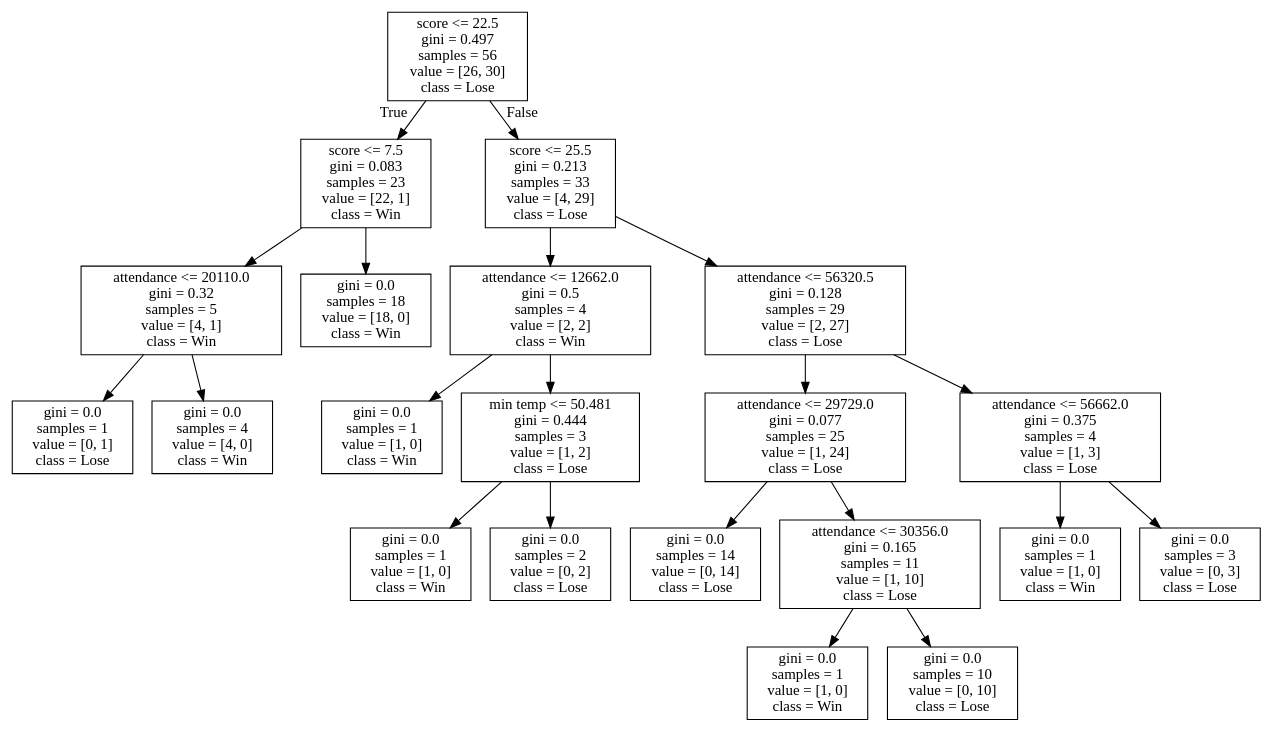
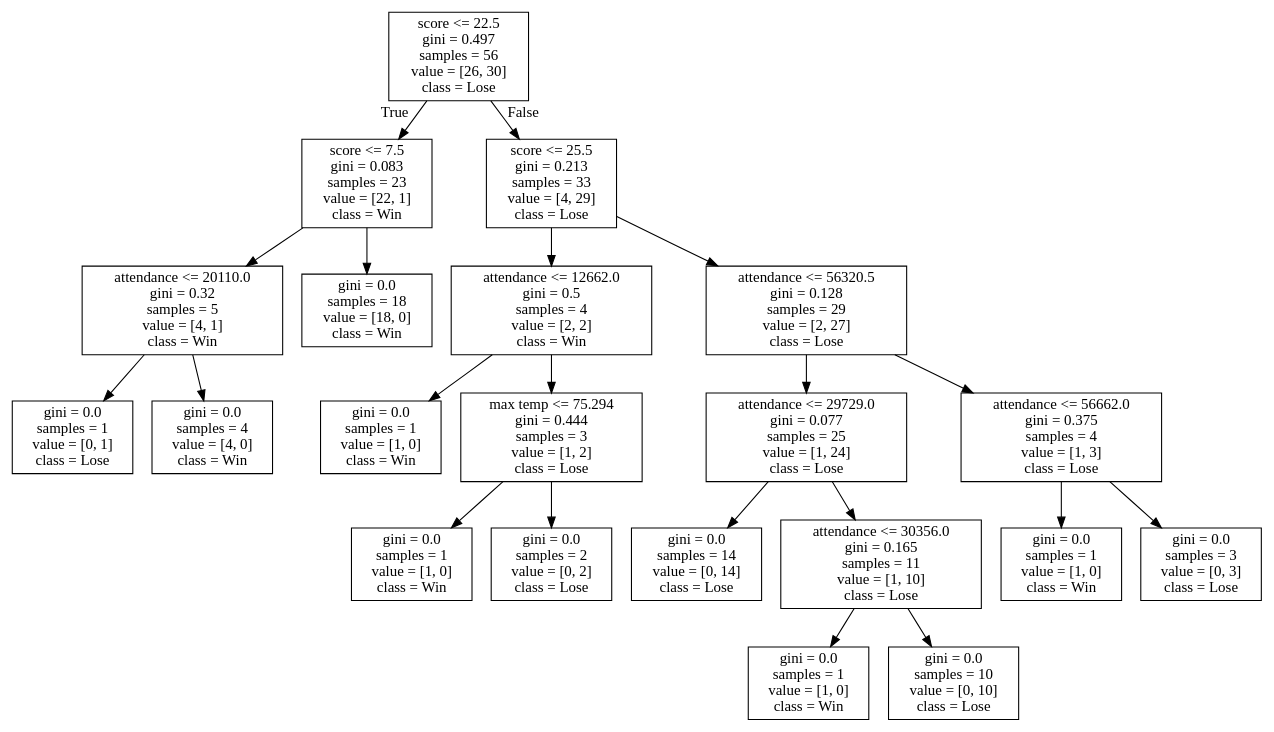
Before and after one commit to alexana-steck/CSE482Project: the diagram in DecisionTrees/decision_tree_with_score7.dot, drawn with Graphviz. The commit also changed 236 other files, not shown here.

```diff
--- a/DecisionTrees/decision_tree_with_score7.dot
+++ b/DecisionTrees/decision_tree_with_score7.dot
@@ -1,44 +1,44 @@
 digraph Tree {
 node [shape=box] ;
 0 [label="score <= 22.5\ngini = 0.497\nsamples = 56\nvalue = [26, 30]\nclass = Lose"] ;
 1 [label="score <= 7.5\ngini = 0.083\nsamples = 23\nvalue = [22, 1]\nclass = Win"] ;
 0 -> 1 [labeldistance=2.5, labelangle=45, headlabel="True"] ;
 2 [label="attendance <= 20110.0\ngini = 0.32\nsamples = 5\nvalue = [4, 1]\nclass = Win"] ;
 1 -> 2 ;
 3 [label="gini = 0.0\nsamples = 1\nvalue = [0, 1]\nclass = Lose"] ;
 2 -> 3 ;
 4 [label="gini = 0.0\nsamples = 4\nvalue = [4, 0]\nclass = Win"] ;
 2 -> 4 ;
 5 [label="gini = 0.0\nsamples = 18\nvalue = [18, 0]\nclass = Win"] ;
 1 -> 5 ;
 6 [label="score <= 25.5\ngini = 0.213\nsamples = 33\nvalue = [4, 29]\nclass = Lose"] ;
 0 -> 6 [labeldistance=2.5, labelangle=-45, headlabel="False"] ;
 7 [label="attendance <= 12662.0\ngini = 0.5\nsamples = 4\nvalue = [2, 2]\nclass = Win"] ;
 6 -> 7 ;
 8 [label="gini = 0.0\nsamples = 1\nvalue = [1, 0]\nclass = Win"] ;
 7 -> 8 ;
-9 [label="min temp <= 50.481\ngini = 0.444\nsamples = 3\nvalue = [1, 2]\nclass = Lose"] ;
+9 [label="max temp <= 75.294\ngini = 0.444\nsamples = 3\nvalue = [1, 2]\nclass = Lose"] ;
 7 -> 9 ;
 10 [label="gini = 0.0\nsamples = 1\nvalue = [1, 0]\nclass = Win"] ;
 9 -> 10 ;
 11 [label="gini = 0.0\nsamples = 2\nvalue = [0, 2]\nclass = Lose"] ;
 9 -> 11 ;
 12 [label="attendance <= 56320.5\ngini = 0.128\nsamples = 29\nvalue = [2, 27]\nclass = Lose"] ;
 6 -> 12 ;
 13 [label="attendance <= 29729.0\ngini = 0.077\nsamples = 25\nvalue = [1, 24]\nclass = Lose"] ;
 12 -> 13 ;
 14 [label="gini = 0.0\nsamples = 14\nvalue = [0, 14]\nclass = Lose"] ;
 13 -> 14 ;
 15 [label="attendance <= 30356.0\ngini = 0.165\nsamples = 11\nvalue = [1, 10]\nclass = Lose"] ;
 13 -> 15 ;
 16 [label="gini = 0.0\nsamples = 1\nvalue = [1, 0]\nclass = Win"] ;
 15 -> 16 ;
 17 [label="gini = 0.0\nsamples = 10\nvalue = [0, 10]\nclass = Lose"] ;
 15 -> 17 ;
 18 [label="attendance <= 56662.0\ngini = 0.375\nsamples = 4\nvalue = [1, 3]\nclass = Lose"] ;
 12 -> 18 ;
 19 [label="gini = 0.0\nsamples = 1\nvalue = [1, 0]\nclass = Win"] ;
 18 -> 19 ;
 20 [label="gini = 0.0\nsamples = 3\nvalue = [0, 3]\nclass = Lose"] ;
 18 -> 20 ;
 }
```
